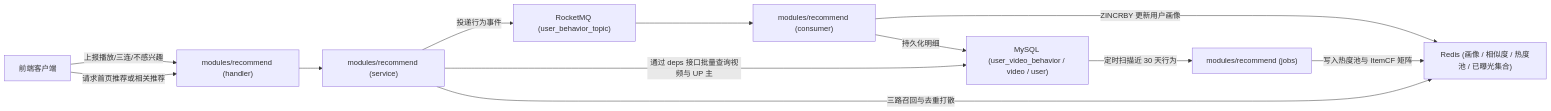
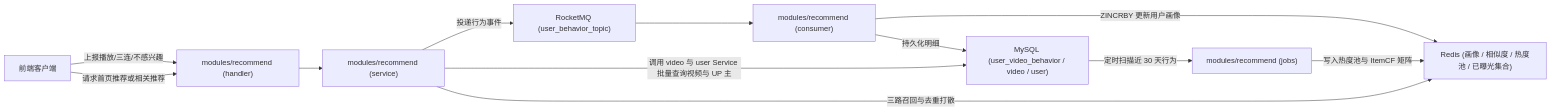
One commit to c926694/simple_bilibili changed the third of 3 diagrams in docs/backend-architecture.md. Above: the diagram before and after it, drawn with Mermaid. The commit also changed other lines of this file and 38 other files, not shown here.

````diff
--- a/docs/backend-architecture.md
+++ b/docs/backend-architecture.md
@@ -169,23 +170,23 @@
 ```mermaid
 flowchart LR
     Web["前端客户端"]
     RecH["modules/recommend (handler)"]
     RecS["modules/recommend (service)"]
     MQ["RocketMQ (user_behavior_topic)"]
     RecC["modules/recommend (consumer)"]
     RecJ["modules/recommend (jobs)"]
     Redis["Redis (画像 / 相似度 / 热度池 / 已曝光集合)"]
     MySQL["MySQL (user_video_behavior / video / user)"]
 
     Web -- "上报播放/三连/不感兴趣" --> RecH
     RecH --> RecS
     RecS -- "投递行为事件" --> MQ
     MQ --> RecC
     RecC -- "持久化明细" --> MySQL
     RecC -- "ZINCRBY 更新用户画像" --> Redis
     MySQL -- "定时扫描近 30 天行为" --> RecJ
     RecJ -- "写入热度池与 ItemCF 矩阵" --> Redis
     Web -- "请求首页推荐或相关推荐" --> RecH
     RecS -- "三路召回与去重打散" --> Redis
-    RecS -- "通过 deps 接口批量查询视频与 UP 主" --> MySQL
+    RecS -- "调用 video 与 user Service 批量查询视频与 UP 主" --> MySQL
 ```
````
